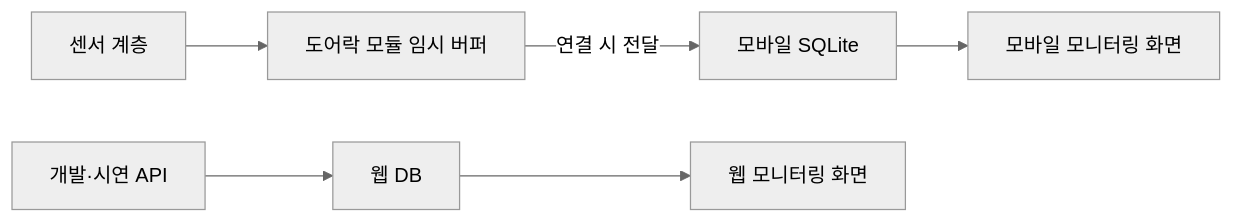
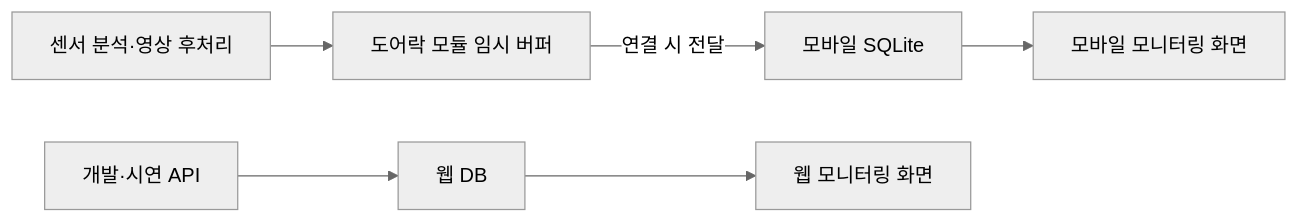
The first of 3 diagrams in docs/database-design.md (Uree1229/Risk-ZERO), drawn with Mermaid (neutral theme) before and after one commit. The commit also changed other lines of this file and 16 other files, not shown here.

````diff
--- a/docs/database-design.md
+++ b/docs/database-design.md
@@ -15,8 +16,8 @@
 ```mermaid
 flowchart LR
-    A["센서 계층"] --> B["도어락 모듈 임시 버퍼"]
+    A["센서 분석·영상 후처리"] --> B["도어락 모듈 임시 버퍼"]
     B -->|"연결 시 전달"| C["모바일 SQLite"]
     C --> D["모바일 모니터링 화면"]
     E["개발·시연 API"] --> F["웹 DB"]
     F --> G["웹 모니터링 화면"]
 ```
````
